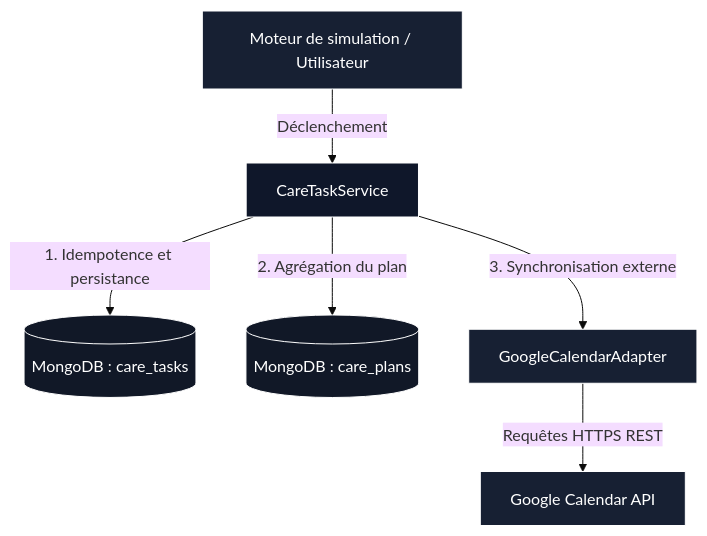
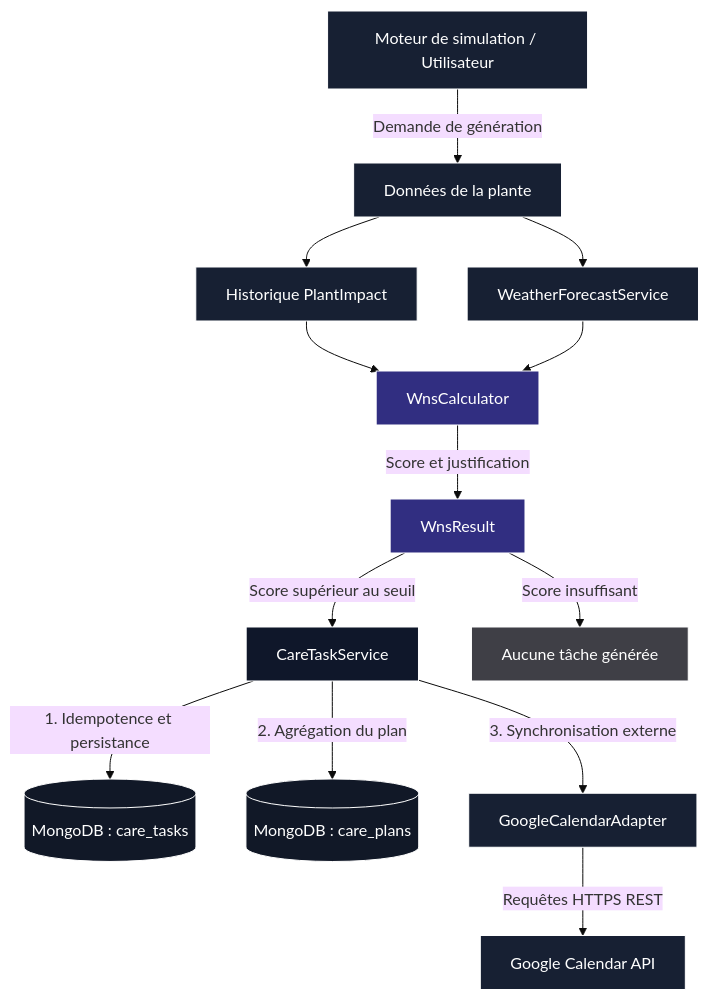
The fourth of 8 diagrams in docs/reports/devops-2-github-actions-report.md (fasai444/GreenDesk), drawn with Mermaid (base theme) before and after one commit. The commit also changed other lines of this file, not shown here.

````diff
--- a/docs/reports/devops-2-github-actions-report.md
+++ b/docs/reports/devops-2-github-actions-report.md
@@ -376,20 +374,31 @@
 ```mermaid
 flowchart TD
-    A[Moteur de simulation / Utilisateur] -->|Déclenchement| B[CareTaskService]
+    A[Moteur de simulation / Utilisateur] -->|Demande de génération| B[Données de la plante]
+    B --> C[Historique PlantImpact]
+    B --> D[WeatherForecastService]
+    C --> E[WnsCalculator]
+    D --> E
+    E -->|Score et justification| F[WnsResult]
+    F -->|Score supérieur au seuil| G[CareTaskService]
+    F -->|Score insuffisant| H[Aucune tâche générée]
 
-    B -->|1. Idempotence et persistance| C[(MongoDB : care_tasks)]
-    B -->|2. Agrégation du plan| D[(MongoDB : care_plans)]
-    B -->|3. Synchronisation externe| E[GoogleCalendarAdapter]
+    G -->|1. Idempotence et persistance| I[(MongoDB : care_tasks)]
+    G -->|2. Agrégation du plan| J[(MongoDB : care_plans)]
+    G -->|3. Synchronisation externe| K[GoogleCalendarAdapter]
 
-    E -->|Requêtes HTTPS REST| F[Google Calendar API]
+    K -->|Requêtes HTTPS REST| L[Google Calendar API]
 
     classDef trigger fill:#172033,stroke:#ffffff,color:#ffffff,stroke-width:1px;
+    classDef decision fill:#312e81,stroke:#ffffff,color:#ffffff,stroke-width:1px;
     classDef service fill:#0f172a,stroke:#ffffff,color:#ffffff,stroke-width:1px;
     classDef database fill:#111827,stroke:#ffffff,color:#ffffff,stroke-width:1px;
     classDef external fill:#172033,stroke:#ffffff,color:#ffffff,stroke-width:1px;
+    classDef stop fill:#3f3f46,stroke:#ffffff,color:#ffffff,stroke-width:1px;
 
-    class A trigger;
-    class B service;
-    class C,D database;
-    class E,F external;
+    class A,B,C,D trigger;
+    class E,F decision;
+    class G service;
+    class I,J database;
+    class K,L external;
+    class H stop;
 ```
````
